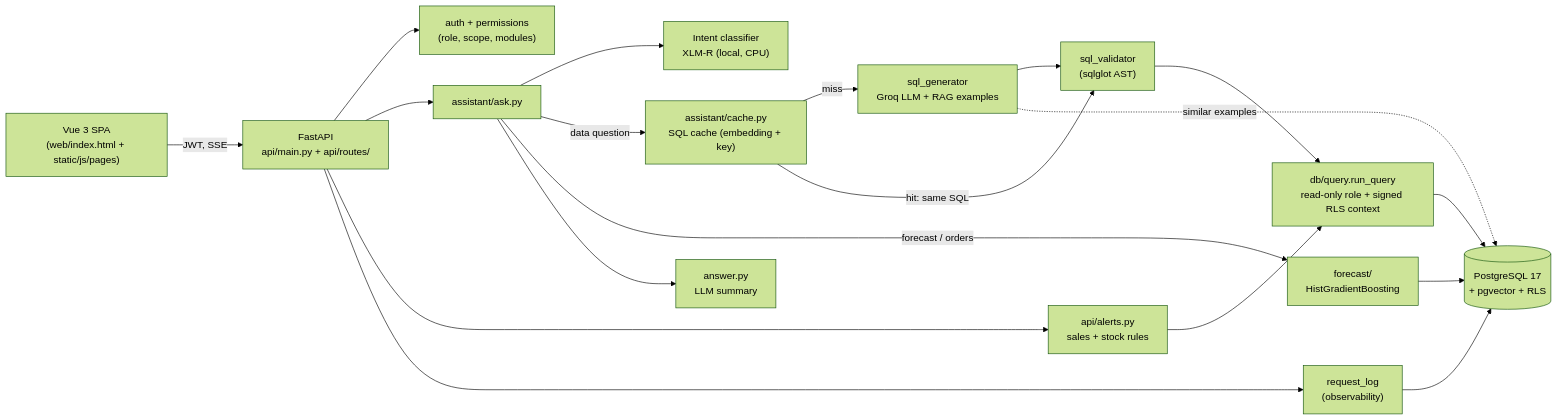
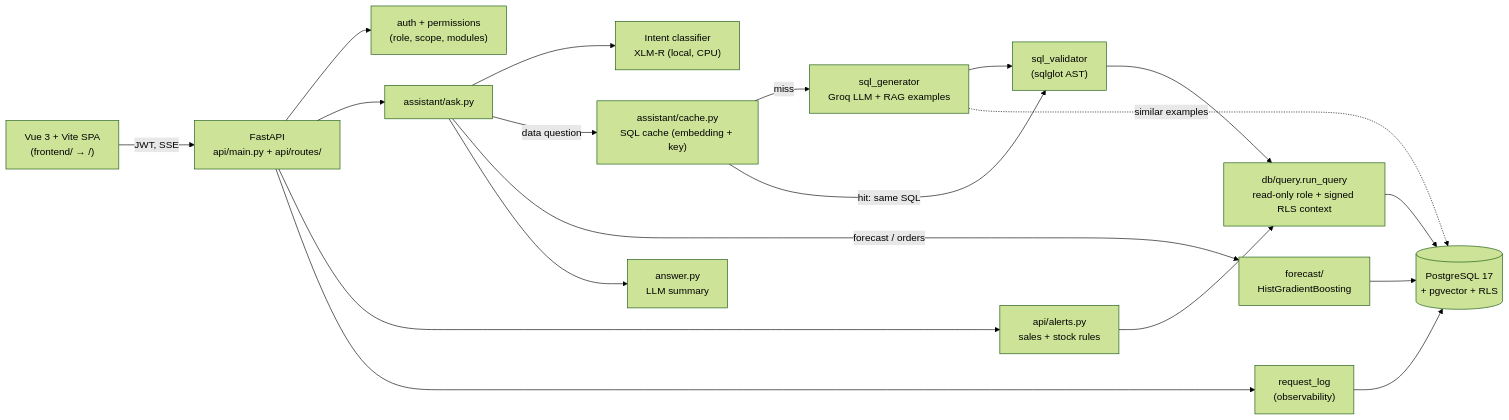
Before and after one commit to PedroPinho17/multistore-ai-assistant: the diagram in docs/ARCHITECTURE.md, drawn with Mermaid (forest theme). The commit also changed other lines of this file and 1 other file, not shown here.

Commit message:
Frontend: serve Vue app at /, remove old UI, add CSS guard

````diff
--- a/docs/ARCHITECTURE.md
+++ b/docs/ARCHITECTURE.md
@@ -7,21 +7,21 @@
 ```mermaid
 flowchart LR
-    UI["Vue 3 SPA<br/>(web/index.html + static/js/pages)"] -->|JWT, SSE| API["FastAPI<br/>api/main.py + api/routes/"]
+    UI["Vue 3 + Vite SPA<br/>(frontend/ → /)"] -->|JWT, SSE| API["FastAPI<br/>api/main.py + api/routes/"]
     API --> AUTH["auth + permissions<br/>(role, scope, modules)"]
     API --> ASK["assistant/ask.py"]
     ASK --> CLS["Intent classifier<br/>XLM-R (local, CPU)"]
     ASK -->|data question| CACHE["assistant/cache.py<br/>SQL cache (embedding + key)"]
     CACHE -->|miss| GEN["sql_generator<br/>Groq LLM + RAG examples"]
     CACHE -->|hit: same SQL| VAL
     GEN --> VAL["sql_validator<br/>(sqlglot AST)"]
     VAL --> RQ["db/query.run_query<br/>read-only role + signed RLS context"]
     ASK -->|forecast / orders| ML["forecast/<br/>HistGradientBoosting"]
     ASK --> ANS["answer.py<br/>LLM summary"]
     RQ --> PG[("PostgreSQL 17<br/>+ pgvector + RLS")]
     ML --> PG
     GEN -.->|similar examples| PG
     API --> ALERTS["api/alerts.py<br/>sales + stock rules"]
     ALERTS --> RQ
     API --> LOG["request_log<br/>(observability)"]
     LOG --> PG
 ```
````
